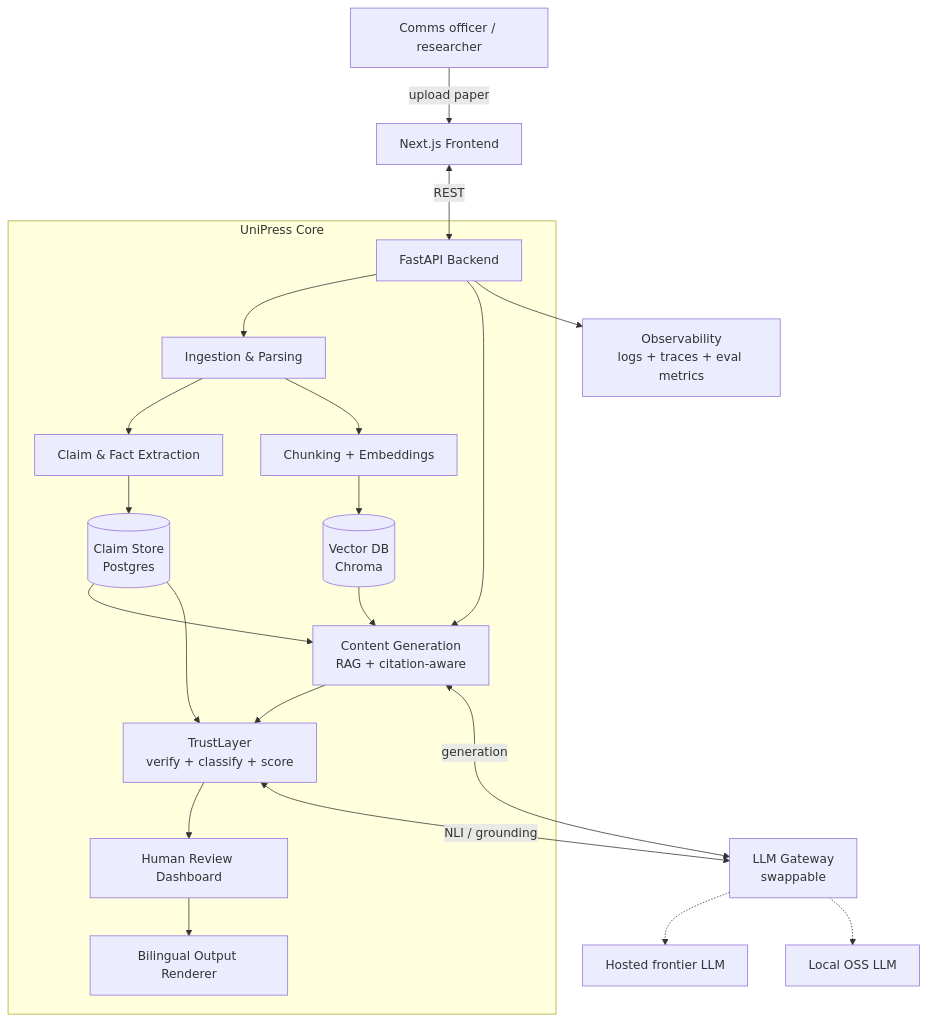
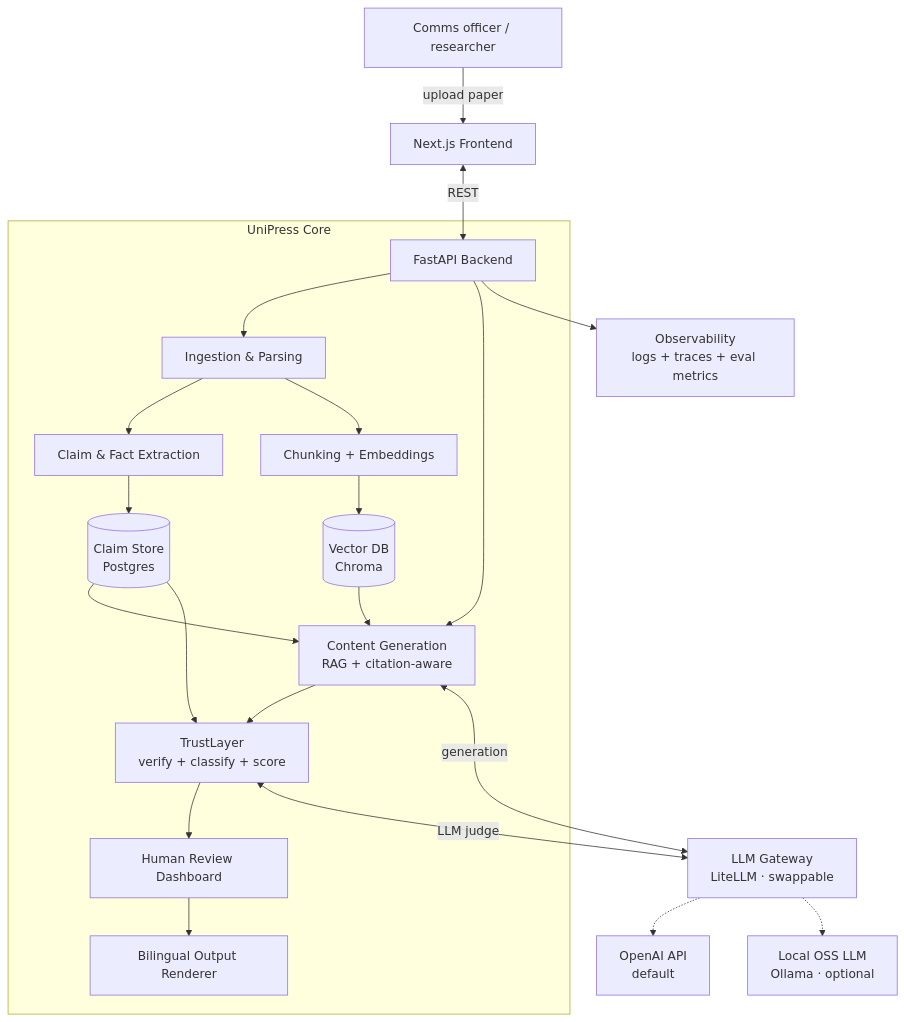
The first of 4 diagrams in docs/02-architecture.md (gilbert-mutai/unipress-de), drawn with Mermaid before and after one commit. The commit also changed other lines of this file and 2 other files, not shown here.

First line of the commit message:
Switch LLM to OpenAI and add cloud deployment architecture

````diff
--- a/docs/02-architecture.md
+++ b/docs/02-architecture.md
@@ -24,27 +24,27 @@
 ```mermaid
 flowchart TD
     U[Comms officer / researcher] -->|upload paper| FE[Next.js Frontend]
     FE <-->|REST| API[FastAPI Backend]
 
     subgraph Core["UniPress Core"]
         API --> ING[Ingestion & Parsing]
         ING --> CLM[Claim & Fact Extraction]
         CLM --> CS[(Claim Store<br/>Postgres)]
         ING --> CHUNK[Chunking + Embeddings]
         CHUNK --> VDB[(Vector DB<br/>Chroma)]
         API --> GEN[Content Generation<br/>RAG + citation-aware]
         CS --> GEN
         VDB --> GEN
         GEN --> TL[TrustLayer<br/>verify + classify + score]
         CS --> TL
         TL --> REV[Human Review Dashboard]
         REV --> OUT[Bilingual Output Renderer]
     end
 
-    GEN <-->|generation| LLM[LLM Gateway<br/>swappable]
-    TL <-->|NLI / grounding| LLM
-    LLM -.-> HOSTED[Hosted frontier LLM]
-    LLM -.-> LOCAL[Local OSS LLM]
+    GEN <-->|generation| LLM[LLM Gateway<br/>LiteLLM · swappable]
+    TL <-->|LLM judge| LLM
+    LLM -.-> HOSTED[OpenAI API<br/>default]
+    LLM -.-> LOCAL[Local OSS LLM<br/>Ollama · optional]
 
     API --> OBS[Observability<br/>logs + traces + eval metrics]
 ```
````
